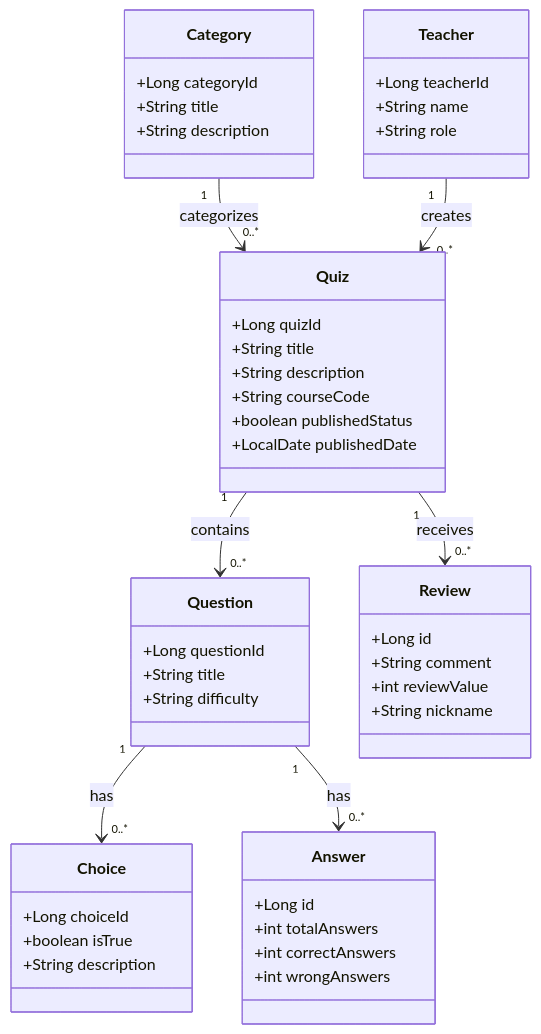
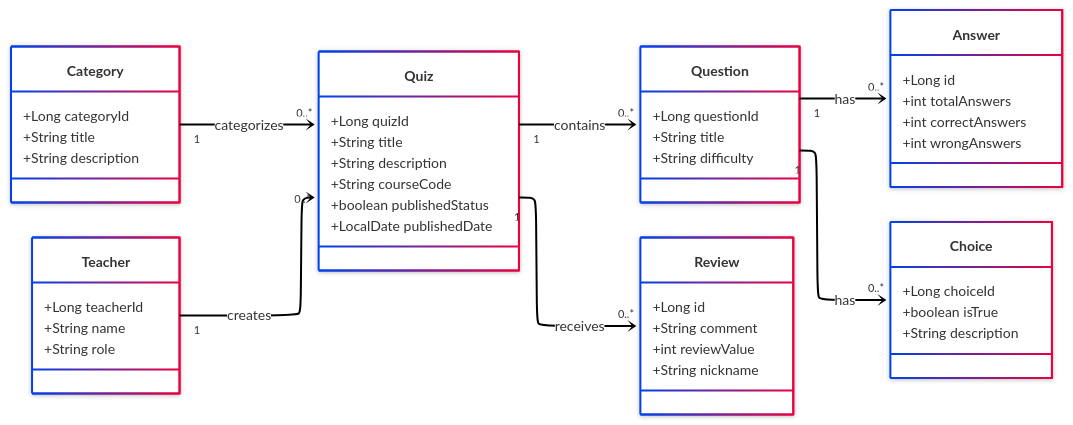
The diagram in README.md (FullFlip/Quizzer), drawn with Mermaid before and after one commit.

````diff
--- a/README.md
+++ b/README.md
@@ -49,60 +49,56 @@
 ```mermaid
+---
+config:
+  look: neo
+  theme: neo
+  layout: elk
+---
 classDiagram
-
+direction LR
 class Answer {
       +Long id
       +int totalAnswers
       +int correctAnswers
       +int wrongAnswers
   }
-  
   class Category {
       +Long categoryId
       +String title
       +String description
   }
-  
   class Choice {
       +Long choiceId
       +boolean isTrue
       +String description
   }
-  
   class Question {
       +Long questionId
       +String title
       +String difficulty
   }
-  
   class Quiz {
       +Long quizId
       +String title
       +String description
       +String courseCode
       +boolean publishedStatus
       +LocalDate publishedDate
   }
-  
   class Review {
       +Long id
       +String comment
       +int reviewValue
       +String nickname
   }
-  
   class Teacher {
       +Long teacherId
       +String name
       +String role
   }
-  
   Question "1" --> "0..*" Choice : has
   Question "1" --> "0..*" Answer : has
   Quiz "1" --> "0..*" Question : contains
   Category "1" --> "0..*" Quiz : categorizes
   Teacher "1" --> "0..*" Quiz : creates
   Quiz "1" --> "0..*" Review : receives
-
-
-
 ```
````
